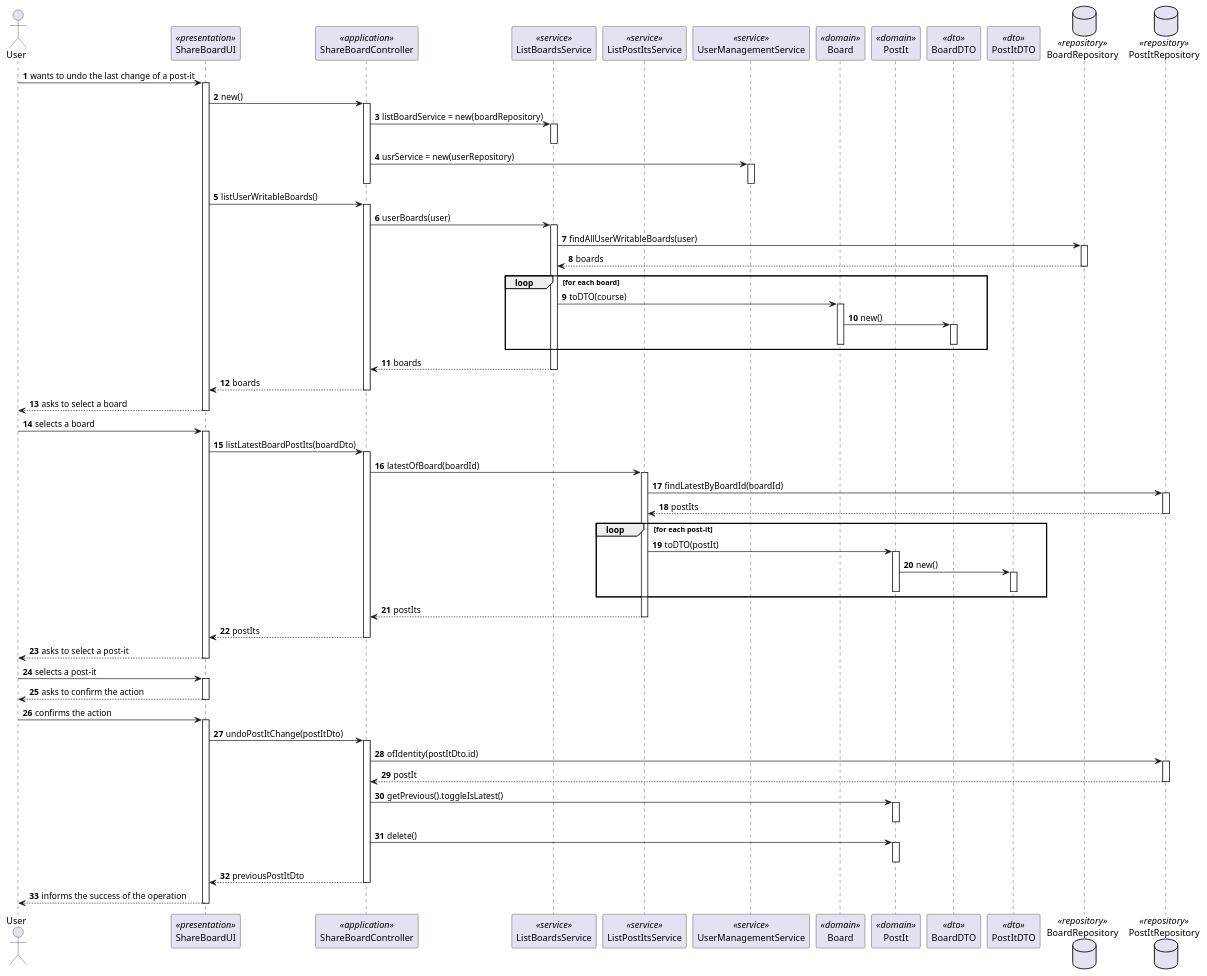
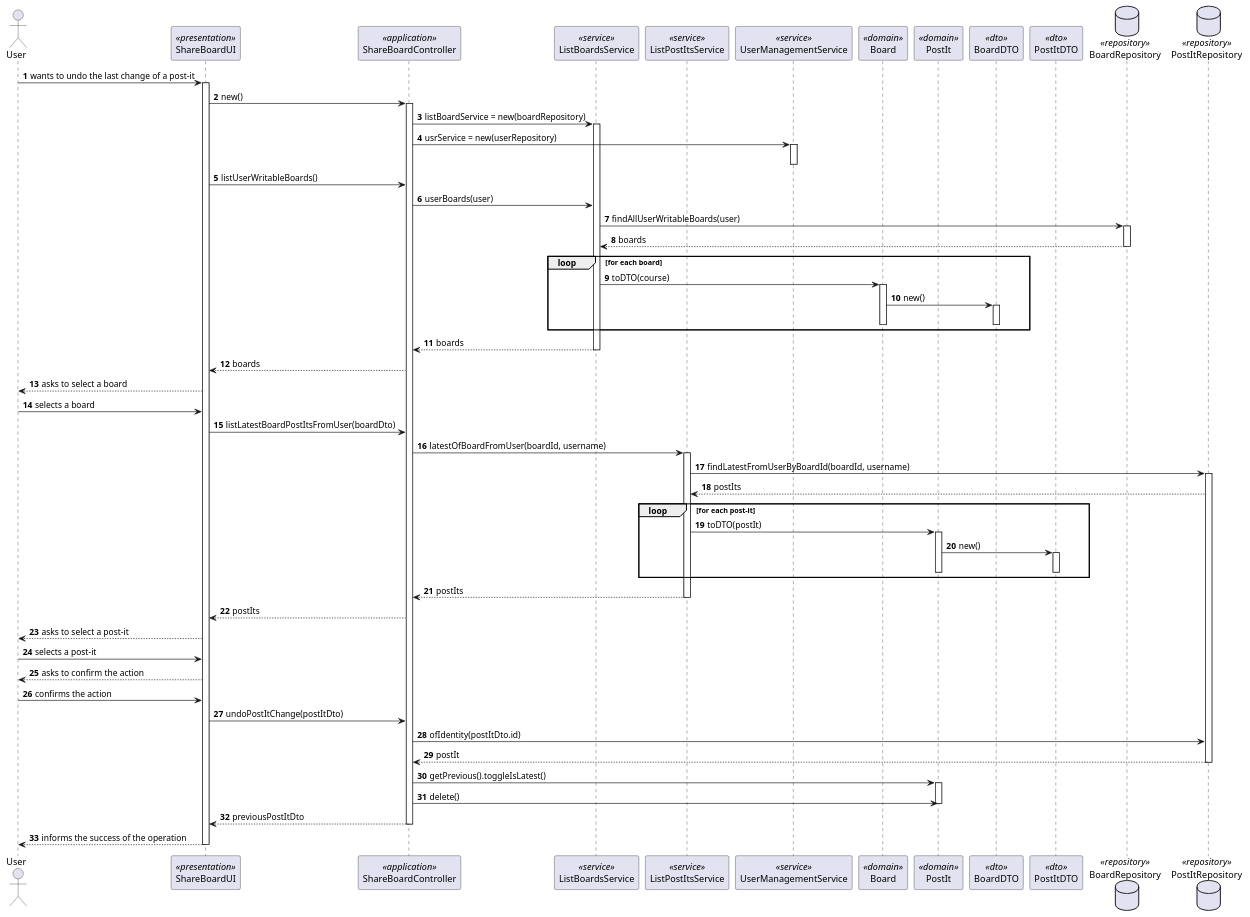
One commit to miseEnPlace-dev/lapr4 changed the diagram in docs/sprint-c/us33-3008/US3008_SD.puml. Above: the diagram before and after it, drawn with PlantUML. The commit also changed 2 other files, not shown here.

```diff
--- a/docs/sprint-c/us33-3008/US3008_SD.puml
+++ b/docs/sprint-c/us33-3008/US3008_SD.puml
@@ -1,116 +1,116 @@
 @startuml US3008_SD
 autonumber
 
 actor "User" as U
 participant "ShareBoardUI" as UI <<presentation>>
 participant "ShareBoardController" as CTRL <<application>>
 participant "ListBoardsService" as BOARDSVC <<service>>
 participant "ListPostItsService" as POSTITSVC <<service>>
 participant "UserManagementService" as USRSVC <<service>>
 participant "Board" as B <<domain>>
 participant "PostIt" as P <<domain>>
 participant "BoardDTO" as BDTO <<dto>>
 participant "PostItDTO" as PDTO <<dto>>
 
 database BoardRepository as BOARDREP <<repository>>
 database PostItRepository as POSTITREP <<repository>>
 
 U -> UI : wants to undo the last change of a post-it
 activate UI
   UI -> CTRL : new()
   activate CTRL
     CTRL -> BOARDSVC : listBoardService = new(boardRepository)
     activate BOARDSVC
-    deactivate BOARDSVC
+    ' deactivate BOARDSVC
 
     CTRL -> USRSVC : usrService = new(userRepository)
     activate USRSVC
     deactivate USRSVC
-  deactivate CTRL
+  ' deactivate CTRL
 
   UI -> CTRL : listUserWritableBoards()
-  activate CTRL
+  ' activate CTRL
     CTRL -> BOARDSVC : userBoards(user)
-    activate BOARDSVC
+    ' activate BOARDSVC
       BOARDSVC -> BOARDREP : findAllUserWritableBoards(user)
       activate BOARDREP
          BOARDSVC <-- BOARDREP : boards
       deactivate BOARDREP
 
       loop for each board
         BOARDSVC -> B : toDTO(course)
         activate B
           B -> BDTO : new()
           activate BDTO
           deactivate BDTO
         deactivate B
       end loop
 
       CTRL <-- BOARDSVC : boards
     deactivate BOARDSVC
     UI <-- CTRL : boards
-  deactivate CTRL
+  ' deactivate CTRL
 
   U <-- UI : asks to select a board
-deactivate UI
+' deactivate UI
 
 U -> UI : selects a board
-activate UI
-  UI -> CTRL : listLatestBoardPostIts(boardDto)
-  activate CTRL
-    CTRL -> POSTITSVC : latestOfBoard(boardId)
+' activate UI
+  UI -> CTRL : listLatestBoardPostItsFromUser(boardDto)
+  ' activate CTRL
+    CTRL -> POSTITSVC : latestOfBoardFromUser(boardId, username)
     activate POSTITSVC
-      POSTITSVC -> POSTITREP : findLatestByBoardId(boardId)
+      POSTITSVC -> POSTITREP : findLatestFromUserByBoardId(boardId, username)
       activate POSTITREP
         POSTITSVC <-- POSTITREP : postIts
-      deactivate POSTITREP
+      ' deactivate POSTITREP
 
       loop for each post-it
         POSTITSVC -> P : toDTO(postIt)
         activate P
           P -> PDTO : new()
           activate PDTO
           deactivate PDTO
         deactivate P
       end loop
 
       CTRL <-- POSTITSVC : postIts
     deactivate POSTITSVC
 
     UI <-- CTRL : postIts
-  deactivate CTRL
+  ' deactivate CTRL
 
   U <-- UI : asks to select a post-it
-deactivate UI
+' deactivate UI
 
 U -> UI : selects a post-it
-activate UI
+' activate UI
   U <-- UI : asks to confirm the action
-deactivate UI
+' deactivate UI
 
 U -> UI : confirms the action
-activate UI
+' activate UI
   UI -> CTRL : undoPostItChange(postItDto)
-  activate CTRL
+  ' activate CTRL
     CTRL -> POSTITREP : ofIdentity(postItDto.id)
-    activate POSTITREP
+    ' activate POSTITREP
       CTRL <-- POSTITREP : postIt
     deactivate POSTITREP
 
     CTRL -> P : getPrevious().toggleIsLatest()
     activate P
-    deactivate P
+    ' deactivate P
 
     CTRL -> P : delete()
-    activate P
+    ' activate P
     deactivate P
 
     UI <-- CTRL : previousPostItDto
   deactivate CTRL
 
   U <-- UI : informs the success of the operation
 deactivate UI
 
 deactivate U
 
 @enduml
```
